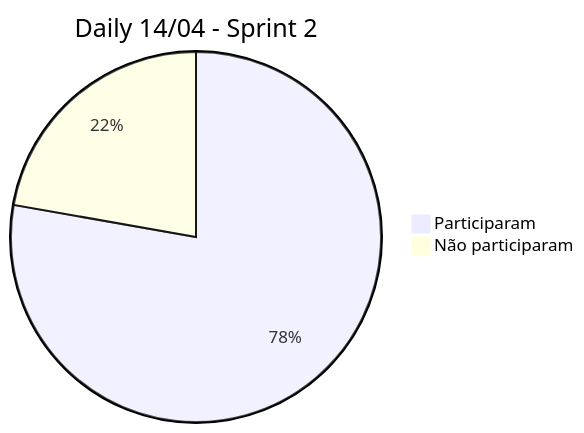
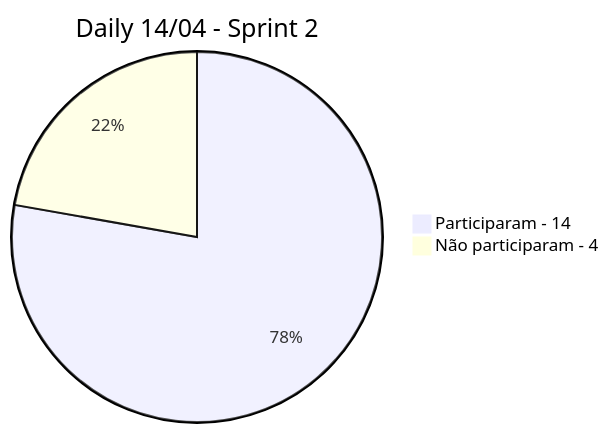
One commit to VeiculosMontadora/Backup_Wiki changed the sixth of 8 diagrams in Sprints.md. Above: the diagram before and after it, drawn with Mermaid. The commit also changed other lines of this file, not shown here.

````diff
--- a/Sprints.md
+++ b/Sprints.md
@@ -106,5 +640,5 @@
 ```mermaid
 pie title Daily 14/04 - Sprint 2
-    "Participaram" : 14
-    "Não participaram" : 4
+    "Participaram - 14" : 14
+    "Não participaram - 4" : 4
 ```
````
